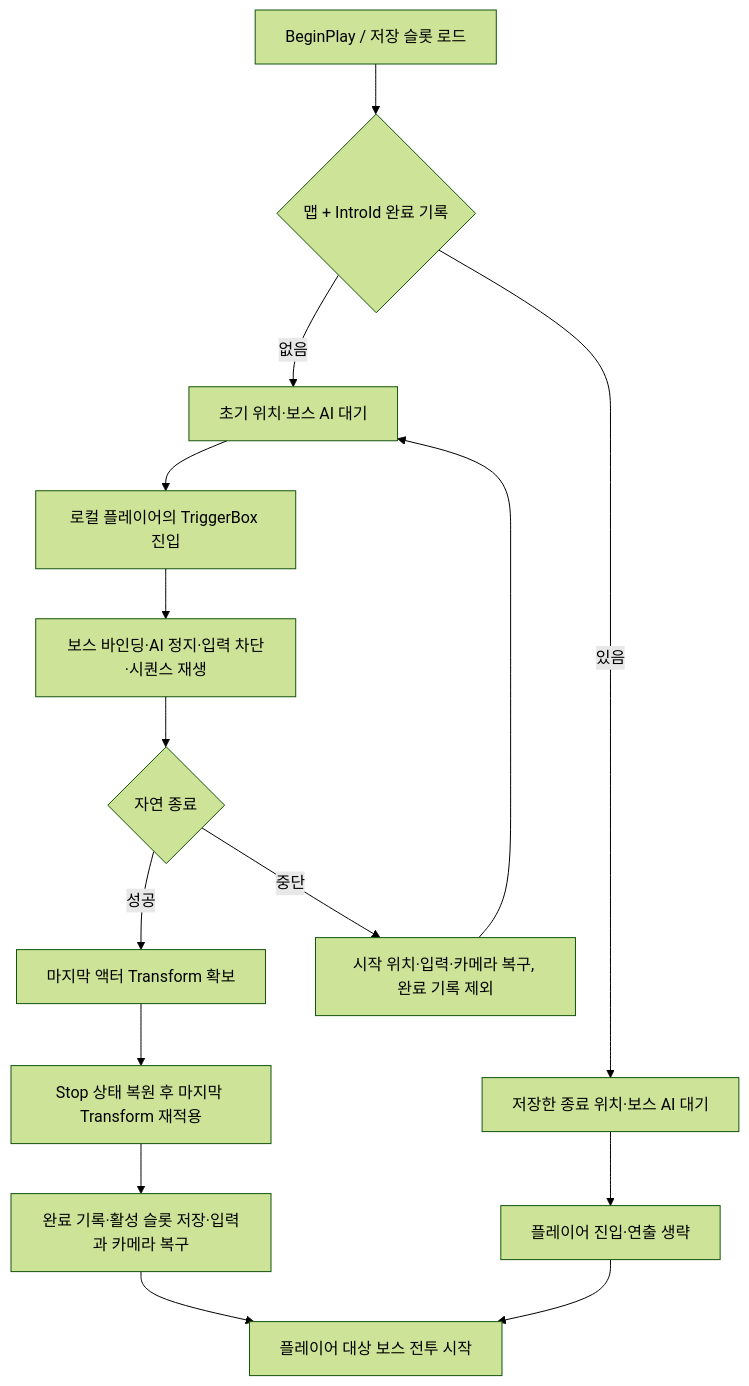
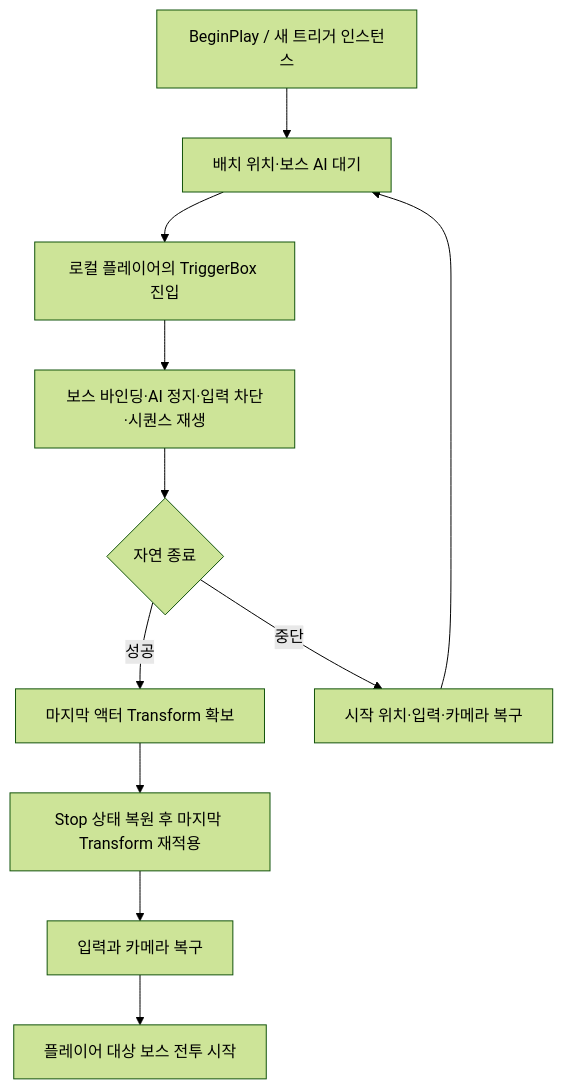
The diagram in docs/wiki/Features/Boss-Intro/document.md (DreamersStudio3/Maverick), drawn with Mermaid (forest theme) before and after one commit. The commit also changed other lines of this file and 31 other files, not shown here.

````diff
--- a/docs/wiki/Features/Boss-Intro/document.md
+++ b/docs/wiki/Features/Boss-Intro/document.md
@@ -36,17 +49,13 @@
 ```mermaid
 flowchart TD
-    Begin["BeginPlay / 저장 슬롯 로드"] --> Seen{"맵 + IntroId 완료 기록"}
-    Seen -->|없음| Wait["초기 위치·보스 AI 대기"]
-    Seen -->|있음| Restore["저장한 종료 위치·보스 AI 대기"]
+    Begin["BeginPlay / 새 트리거 인스턴스"] --> Wait["배치 위치·보스 AI 대기"]
     Wait --> Overlap["로컬 플레이어의 TriggerBox 진입"]
     Overlap --> Play["보스 바인딩·AI 정지·입력 차단·시퀀스 재생"]
     Play --> Result{"자연 종료"}
     Result -->|성공| Capture["마지막 액터 Transform 확보"]
     Capture --> Stop["Stop 상태 복원 후 마지막 Transform 재적용"]
-    Stop --> Save["완료 기록·활성 슬롯 저장·입력과 카메라 복구"]
-    Save --> Combat["플레이어 대상 보스 전투 시작"]
-    Result -->|중단| Retry["시작 위치·입력·카메라 복구, 완료 기록 제외"]
+    Stop --> Restore["입력과 카메라 복구"]
+    Restore --> Combat["플레이어 대상 보스 전투 시작"]
+    Result -->|중단| Retry["시작 위치·입력·카메라 복구"]
     Retry --> Wait
-    Restore --> Entry["플레이어 진입·연출 생략"]
-    Entry --> Combat
 ```
````
